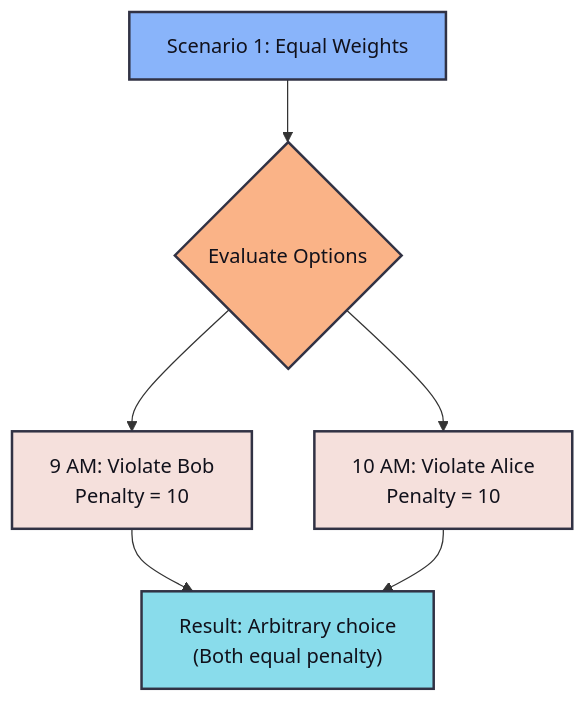
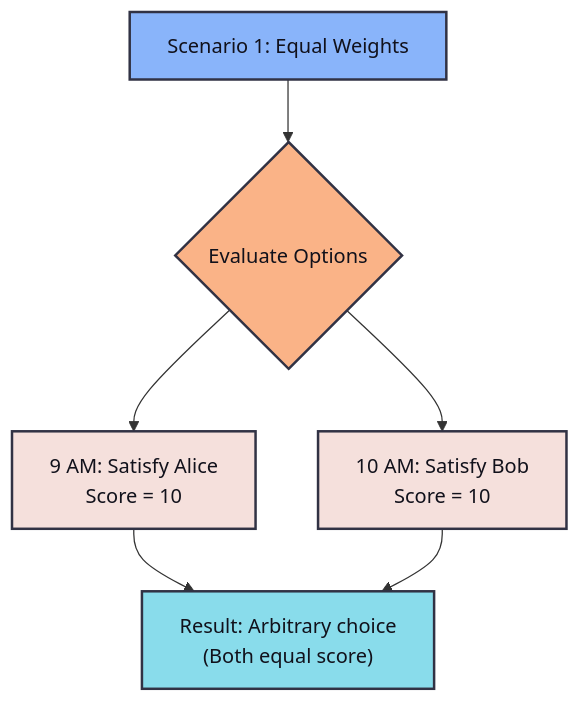
One commit to icub3d/z3-rs changed the first of 3 diagrams in part_03_optimizer/README.md. Above: the diagram before and after it, drawn with Mermaid. The commit also changed other lines of this file and 1 other file, not shown here.

````diff
--- a/part_03_optimizer/README.md
+++ b/part_03_optimizer/README.md
@@ -81,15 +65,15 @@
 ```mermaid
 flowchart TD
     classDef default fill:#f5e0dc,stroke:#313244,stroke-width:2px,color:#11111b
     classDef highlight fill:#a6e3a1,stroke:#313244,stroke-width:2px,color:#11111b
     classDef neutral fill:#89dceb,stroke:#313244,stroke-width:2px,color:#11111b
     classDef decision fill:#fab387,stroke:#313244,stroke-width:2px,color:#11111b
     classDef scenario fill:#89b4fa,stroke:#313244,stroke-width:2px,color:#11111b
 
     Scenario1[Scenario 1: Equal Weights]:::scenario
     Scenario1 --> S1_Options{Evaluate Options}:::decision
-    S1_Options --> S1_9AM["9 AM: Violate Bob<br/>Penalty = 10"]
-    S1_Options --> S1_10AM["10 AM: Violate Alice<br/>Penalty = 10"]
-    S1_9AM --> S1_Result["Result: Arbitrary choice<br/>(Both equal penalty)"]:::neutral
+    S1_Options --> S1_9AM["9 AM: Satisfy Alice<br/>Score = 10"]
+    S1_Options --> S1_10AM["10 AM: Satisfy Bob<br/>Score = 10"]
+    S1_9AM --> S1_Result["Result: Arbitrary choice<br/>(Both equal score)"]:::neutral
     S1_10AM --> S1_Result
 ```
````
